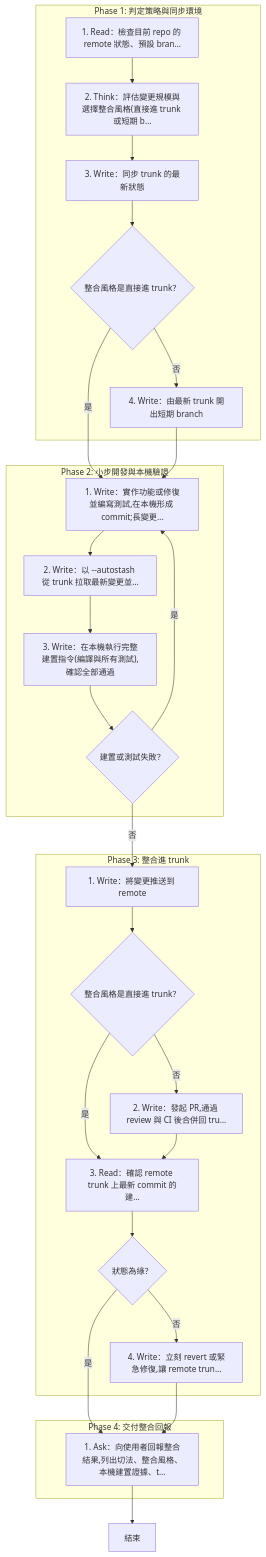
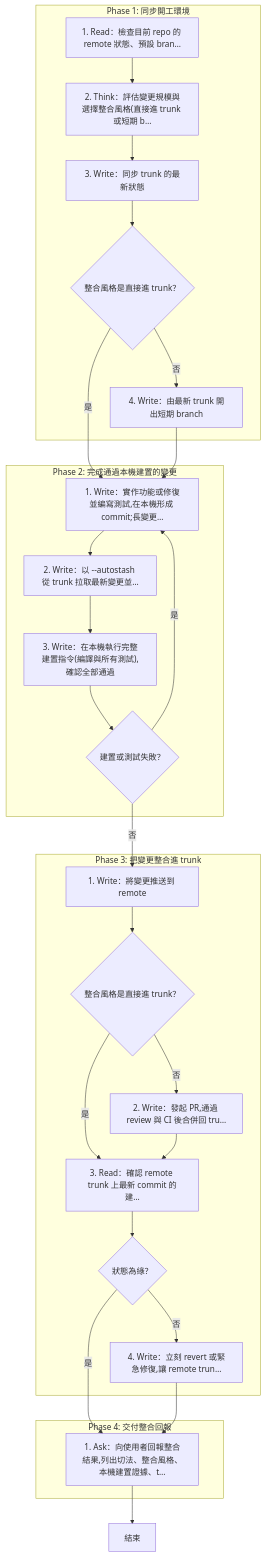
One commit to AI-x-BDD/BDGG-Dev-Skills changed the diagram in .agents/skills/trunk-based-development/SKILL.md. Above: the diagram before and after it, drawn with Mermaid. The commit also changed other lines of this file and 1 other file, not shown here.

Commit message:
fix: trunk-based-development 的 Phase 標題改成「動詞 + 受詞」
「判定策略與同步環境」「小步開發與本機驗證」「整合進 trunk」看不出
各個 Phase 做完會留下什麼,不符合 SOP 格式規範〈Phase 標題是
「動詞 + 受詞」〉。改成「同步開工環境」「完成通過本機建置的變更」
「把變更整合進 trunk」;步驟不變,流程視覺圖由腳本重新產生。

Claude-Session: https://claude.ai/code/session_011ZLRWq3UZLrTo2wv16oYH6

````diff
--- a/.agents/skills/trunk-based-development/SKILL.md
+++ b/.agents/skills/trunk-based-development/SKILL.md
@@ -11,48 +11,48 @@
 ```mermaid
 flowchart TD
-    subgraph P1["Phase 1: 判定策略與同步環境"]
+    subgraph P1["Phase 1: 同步開工環境"]
         P1S1["1. Read：檢查目前 repo 的 remote 狀態、預設 bran…"]
         P1S2["2. Think：評估變更規模與選擇整合風格(直接進 trunk 或短期 b…"]
         P1S3["3. Write：同步 trunk 的最新狀態"]
         G_P1S3_1{"整合風格是直接進 trunk？"}
         P1S4["4. Write：由最新 trunk 開出短期 branch"]
     end
-    subgraph P2["Phase 2: 小步開發與本機驗證"]
+    subgraph P2["Phase 2: 完成通過本機建置的變更"]
         P2S1["1. Write：實作功能或修復並編寫測試,在本機形成 commit;長變更…"]
         P2S2["2. Write：以 --autostash 從 trunk 拉取最新變更並…"]
         P2S3["3. Write：在本機執行完整建置指令(編譯與所有測試),確認全部通過"]
         G_P2S3_1{"建置或測試失敗？"}
     end
-    subgraph P3["Phase 3: 整合進 trunk"]
+    subgraph P3["Phase 3: 把變更整合進 trunk"]
         P3S1["1. Write：將變更推送到 remote"]
         G_P3S1_1{"整合風格是直接進 trunk？"}
         P3S2["2. Write：發起 PR,通過 review 與 CI 後合併回 tru…"]
         P3S3["3. Read：確認 remote trunk 上最新 commit 的建…"]
         G_P3S3_1{"狀態為綠？"}
         P3S4["4. Write：立刻 revert 或緊急修復,讓 remote trun…"]
     end
     subgraph P4["Phase 4: 交付整合回報"]
         P4S1["1. Ask：向使用者回報整合結果,列出切法、整合風格、本機建置證據、t…"]
     end
     End["結束"]
     P1S1 --> P1S2
     P1S2 --> P1S3
     P1S3 --> G_P1S3_1
     G_P1S3_1 -->|是| P2S1
     G_P1S3_1 -->|否| P1S4
     P1S4 --> P2S1
     P2S1 --> P2S2
     P2S2 --> P2S3
     P2S3 --> G_P2S3_1
     G_P2S3_1 -->|是| P2S1
     G_P2S3_1 -->|否| P3S1
     P3S1 --> G_P3S1_1
     G_P3S1_1 -->|是| P3S3
     G_P3S1_1 -->|否| P3S2
     P3S2 --> P3S3
     P3S3 --> G_P3S3_1
     G_P3S3_1 -->|是| P4S1
     G_P3S3_1 -->|否| P3S4
     P3S4 --> P4S1
     P4S1 --> End
 ```
````
